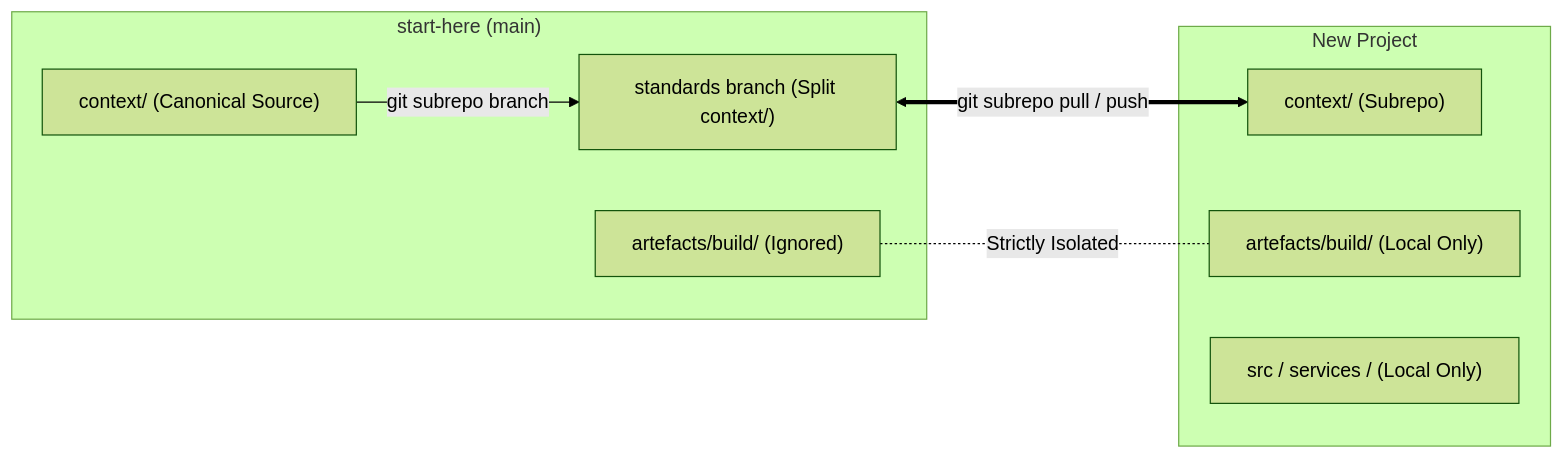
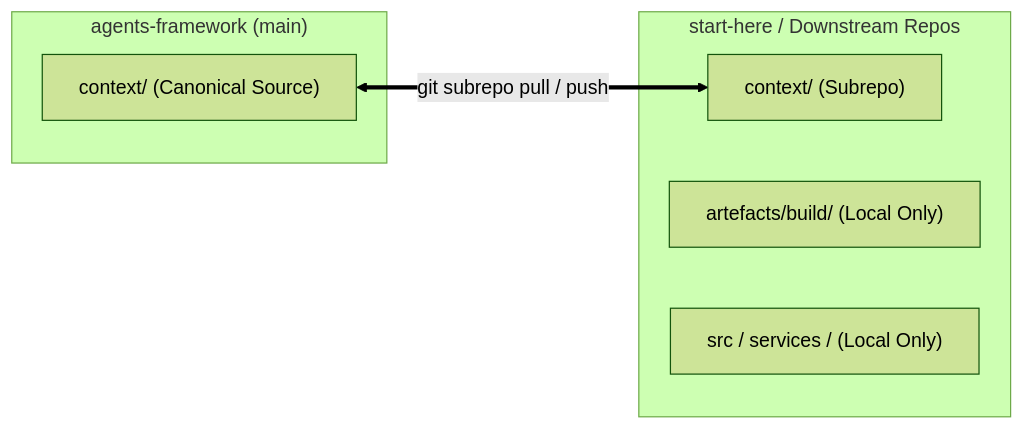
The diagram in README.md (Schmoiger/start-here), drawn with Mermaid (forest theme) before and after one commit. The commit also changed other lines of this file and 3 other files, not shown here.

Commit message:
chore: migrate context to standalone agents-framework subrepo and remove sync workflow

````diff
--- a/README.md
+++ b/README.md
@@ -127,18 +127,14 @@
 ```mermaid
 graph LR
-    subgraph Upstream ["start-here (main)"]
+    subgraph Upstream ["agents-framework (main)"]
         UContext["context/ (Canonical Source)"]
-        UBuild["artefacts/build/ (Ignored)"]
-        UBranch["standards branch (Split context/)"]
     end
 
-    subgraph Downstream ["New Project"]
+    subgraph Downstream ["start-here / Downstream Repos"]
         DContext["context/ (Subrepo)"]
         DBuild["artefacts/build/ (Local Only)"]
         DCode["src / services / (Local Only)"]
     end
 
-    UContext -- "git subrepo branch" --> UBranch
-    UBranch <== "git subrepo pull / push" ==> DContext
-    UBuild -. "Strictly Isolated" .- DBuild
+    UContext <== "git subrepo pull / push" ==> DContext
 ```
````
